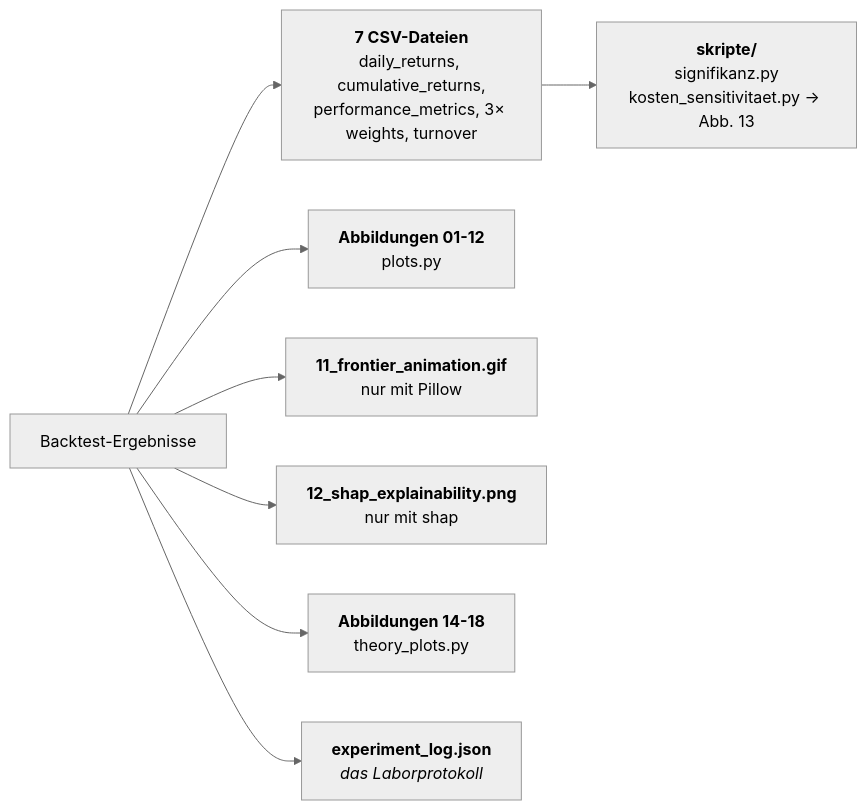
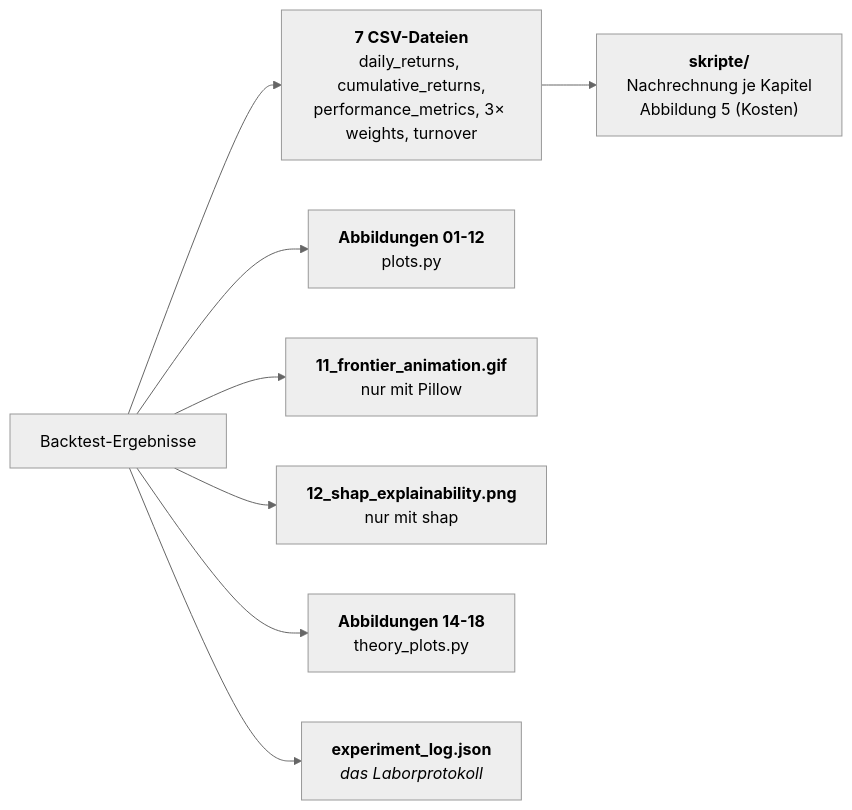
Before and after one commit to MaxZoelfl/wseminar-portfolio-optimierung: diagram 13 of 13 in Handbook.md, drawn with Mermaid (neutral theme). The commit also changed other lines of this file and 19 other files, not shown here.

````diff
--- a/Handbook.md
+++ b/Handbook.md
@@ -793,10 +793,10 @@
 ```mermaid
 flowchart LR
     BT["Backtest-Ergebnisse"] --> CSV["<b>7 CSV-Dateien</b><br/>daily_returns, cumulative_returns,<br/>performance_metrics, 3× weights, turnover"]
     BT --> PNG["<b>Abbildungen 01-12</b><br/>plots.py"]
     BT --> GIF["<b>11_frontier_animation.gif</b><br/>nur mit Pillow"]
     BT --> SHP["<b>12_shap_explainability.png</b><br/>nur mit shap"]
     BT --> TH["<b>Abbildungen 14-18</b><br/>theory_plots.py"]
     BT --> JS["<b>experiment_log.json</b><br/><i>das Laborprotokoll</i>"]
-    CSV --> EXT["<b>skripte/</b><br/>signifikanz.py<br/>kosten_sensitivitaet.py → Abb. 13"]
+    CSV --> EXT["<b>skripte/</b><br/>Nachrechnung je Kapitel<br/>Abbildung 5 (Kosten)"]
 ```
````
